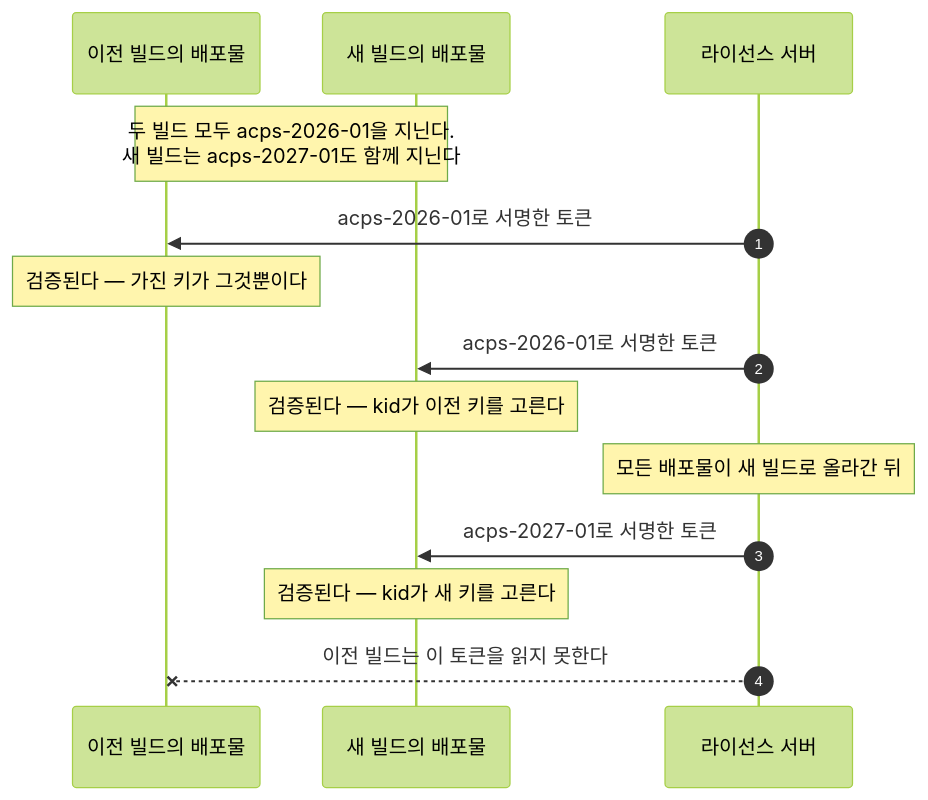
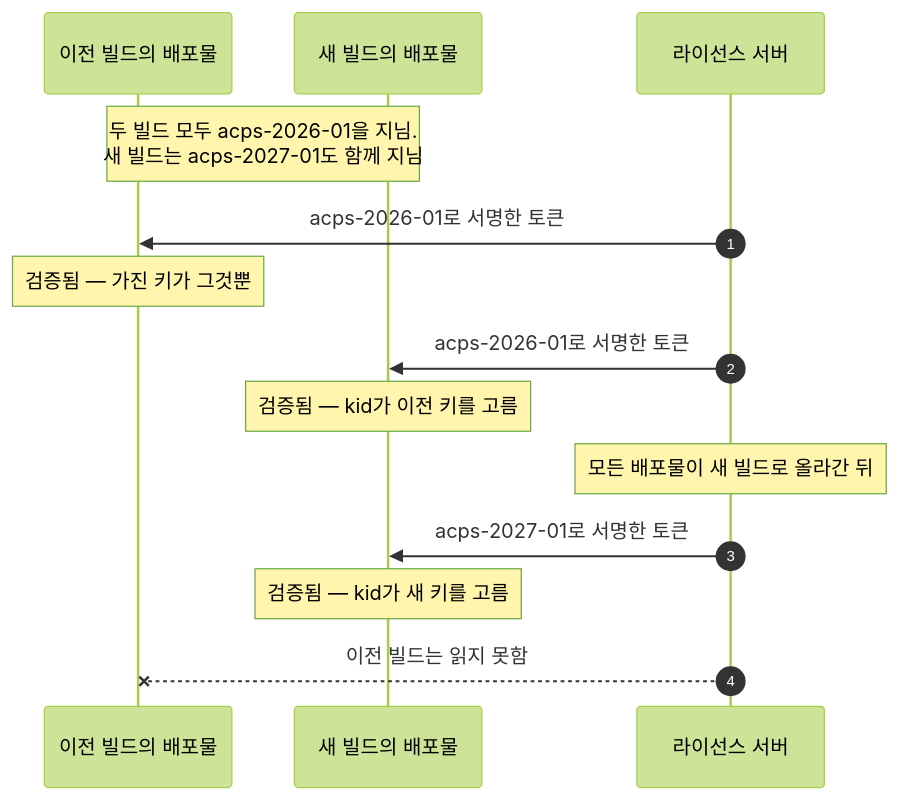
The seventh of 7 diagrams in docs/manual/ko/concepts.md (accesscore-dev/accesscore-license-sdk-dist), drawn with Mermaid (forest theme) before and after one commit. The commit also changed other lines of this file and 5 other files, not shown here.

````diff
--- a/docs/manual/ko/concepts.md
+++ b/docs/manual/ko/concepts.md
@@ -325,18 +329,18 @@
 ```mermaid
 sequenceDiagram
     autonumber
     participant Old as 이전 빌드의 배포물
     participant New as 새 빌드의 배포물
     participant Srv as 라이선스 서버
 
-    Note over Old,New: 두 빌드 모두 acps-2026-01을 지닌다.<br/>새 빌드는 acps-2027-01도 함께 지닌다
+    Note over Old,New: 두 빌드 모두 acps-2026-01을 지님.<br/>새 빌드는 acps-2027-01도 함께 지님
     Srv->>Old: acps-2026-01로 서명한 토큰
-    Note over Old: 검증된다 — 가진 키가 그것뿐이다
+    Note over Old: 검증됨 — 가진 키가 그것뿐
     Srv->>New: acps-2026-01로 서명한 토큰
-    Note over New: 검증된다 — kid가 이전 키를 고른다
+    Note over New: 검증됨 — kid가 이전 키를 고름
 
     Note over Srv: 모든 배포물이 새 빌드로 올라간 뒤
     Srv->>New: acps-2027-01로 서명한 토큰
-    Note over New: 검증된다 — kid가 새 키를 고른다
-    Srv--xOld: 이전 빌드는 이 토큰을 읽지 못한다
+    Note over New: 검증됨 — kid가 새 키를 고름
+    Srv--xOld: 이전 빌드는 읽지 못함
 ```
````
